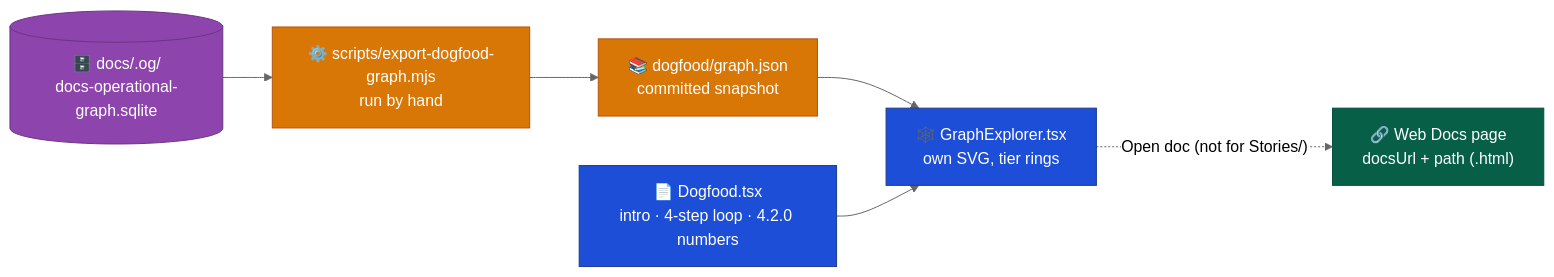
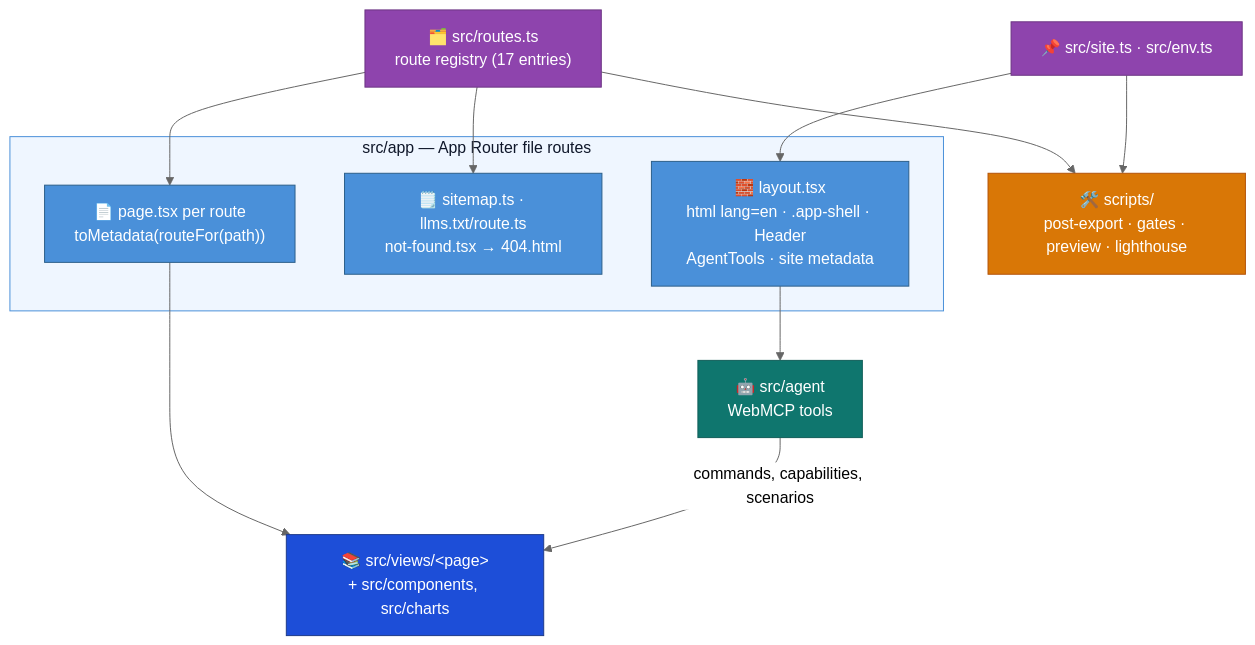
Before and after one commit to DataArt/artisyn-implementation-harness: the diagram in docs/System Architecture (LLD)/Web Explorer/00. Overview.md, drawn with Mermaid (neutral theme). The commit also changed other lines of this file and 203 other files, not shown here.

First line of the commit message:
feat(web-explorer): Next.js static export with per-page SEO, hashed CSP and WebMCP tools (#24)

````diff
--- a/docs/System Architecture (LLD)/Web Explorer/00. Overview.md
+++ b/docs/System Architecture (LLD)/Web Explorer/00. Overview.md
@@ -147,18 +24,30 @@
 ```mermaid
-flowchart LR
-    DB[("🗄️ docs/.og/\ndocs-operational-graph.sqlite")]:::hub
-    EXP["⚙️ scripts/export-dogfood-graph.mjs\nrun by hand"]:::detail
-    JSON["📚 dogfood/graph.json\ncommitted snapshot"]:::detail
-    PAGE["📄 Dogfood.tsx\nintro · 4-step loop · 4.2.0 numbers"]:::layout
-    GX["🕸️ GraphExplorer.tsx\nown SVG, tier rings"]:::layout
-    DOCS["🔗 Web Docs page\ndocsUrl + path (.html)"]:::routes
+flowchart TD
+    subgraph APP ["  src/app — App Router file routes  "]
+        LAYOUT["🧱 layout.tsx\nhtml lang=en · .app-shell · Header\nAgentTools · site metadata"]:::app
+        PAGES["📄 page.tsx per route\ntoMetadata(routeFor(path))"]:::app
+        META["🗒️ sitemap.ts · llms.txt/route.ts\nnot-found.tsx → 404.html"]:::app
+    end
 
-    DB --> EXP --> JSON --> GX
-    PAGE --> GX
-    GX -. "Open doc (not for Stories/)" .-> DOCS
+    REG["🗂️ src/routes.ts\nroute registry (17 entries)"]:::registry
+    SITE["📌 src/site.ts · src/env.ts"]:::registry
+    VIEWS["📚 src/views/&lt;page&gt;\n+ src/components, src/charts"]:::views
+    AGENT["🤖 src/agent\nWebMCP tools"]:::agent
+    SCRIPTS["🛠️ scripts/\npost-export · gates · preview · lighthouse"]:::build
 
-    classDef hub    fill:#8E44AD,stroke:#6C3483,color:#fff
-    classDef layout fill:#1D4ED8,stroke:#1e3a8a,color:#fff
-    classDef detail fill:#D97706,stroke:#B45309,color:#fff
-    classDef routes fill:#065F46,stroke:#064e3b,color:#fff
+    REG --> PAGES
+    REG --> META
+    PAGES --> VIEWS
+    SITE --> LAYOUT
+    LAYOUT --> AGENT
+    AGENT -->|"commands, capabilities, scenarios"| VIEWS
+    REG --> SCRIPTS
+    SITE --> SCRIPTS
+
+    classDef app      fill:#4A90D9,stroke:#2C5F8A,color:#fff
+    classDef registry fill:#8E44AD,stroke:#6C3483,color:#fff
+    classDef views    fill:#1D4ED8,stroke:#1e3a8a,color:#fff
+    classDef agent    fill:#0F766E,stroke:#115E59,color:#fff
+    classDef build    fill:#D97706,stroke:#B45309,color:#fff
+    style APP fill:#EFF6FF,stroke:#4A90D9,color:#0f172a
 ```
````
